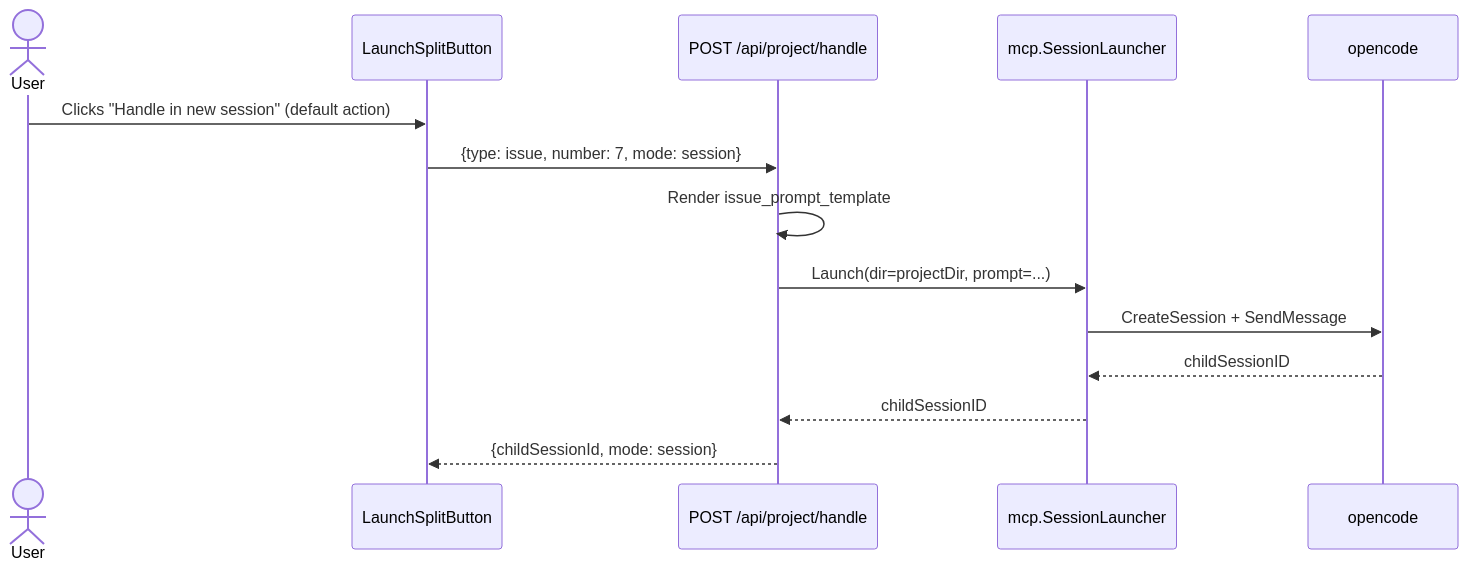
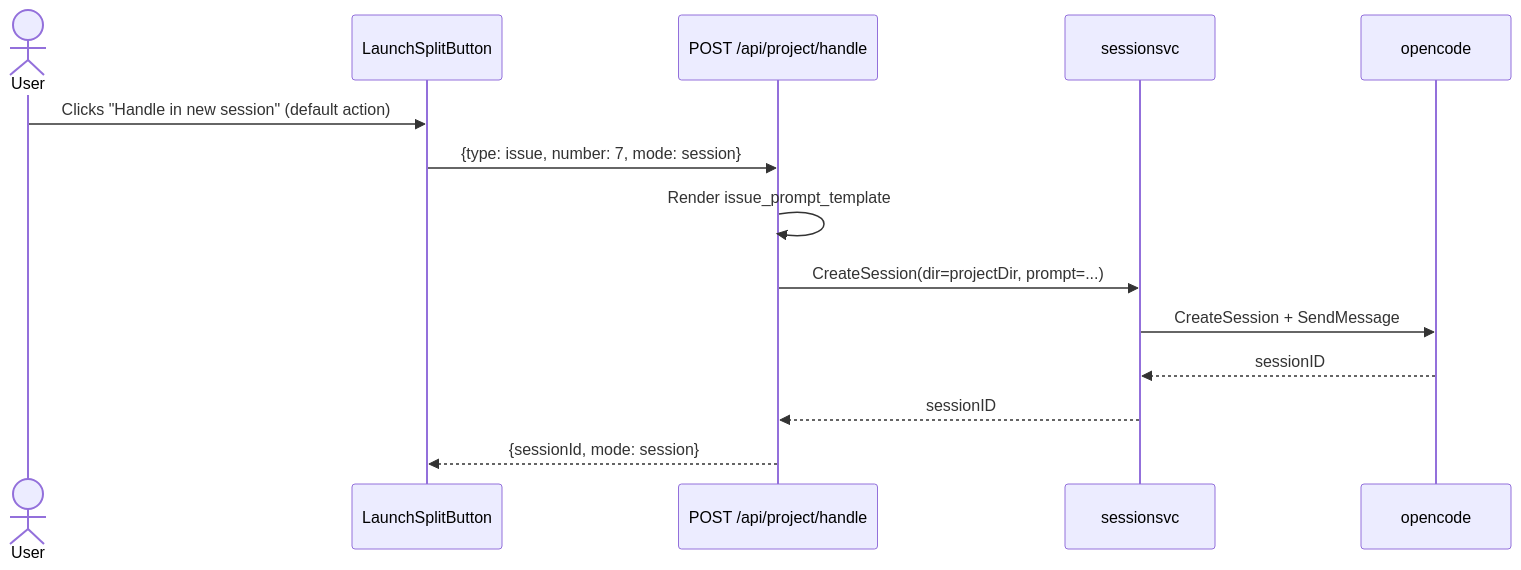
One commit to ocman/ocman changed the seventh of 7 diagrams in spec/pr-issue-sidebar/architecture.md. Above: the diagram before and after it, drawn with Mermaid. The commit also changed other lines of this file and 80 other files, not shown here.

Commit message:
refactor: remove MCP session management

````diff
--- a/spec/pr-issue-sidebar/architecture.md
+++ b/spec/pr-issue-sidebar/architecture.md
@@ -862,17 +853,17 @@
 ```mermaid
 sequenceDiagram
     actor User
     participant FE as LaunchSplitButton
     participant H as POST /api/project/handle
-    participant SL as mcp.SessionLauncher
+    participant SS as sessionsvc
     participant OC as opencode
 
     User->>FE: Clicks "Handle in new session" (default action)
     FE->>H: {type: issue, number: 7, mode: session}
     H->>H: Render issue_prompt_template
-    H->>SL: Launch(dir=projectDir, prompt=...)
-    SL->>OC: CreateSession + SendMessage
-    OC-->>SL: childSessionID
-    SL-->>H: childSessionID
-    H-->>FE: {childSessionId, mode: session}
+    H->>SS: CreateSession(dir=projectDir, prompt=...)
+    SS->>OC: CreateSession + SendMessage
+    OC-->>SS: sessionID
+    SS-->>H: sessionID
+    H-->>FE: {sessionId, mode: session}
 ```
````
